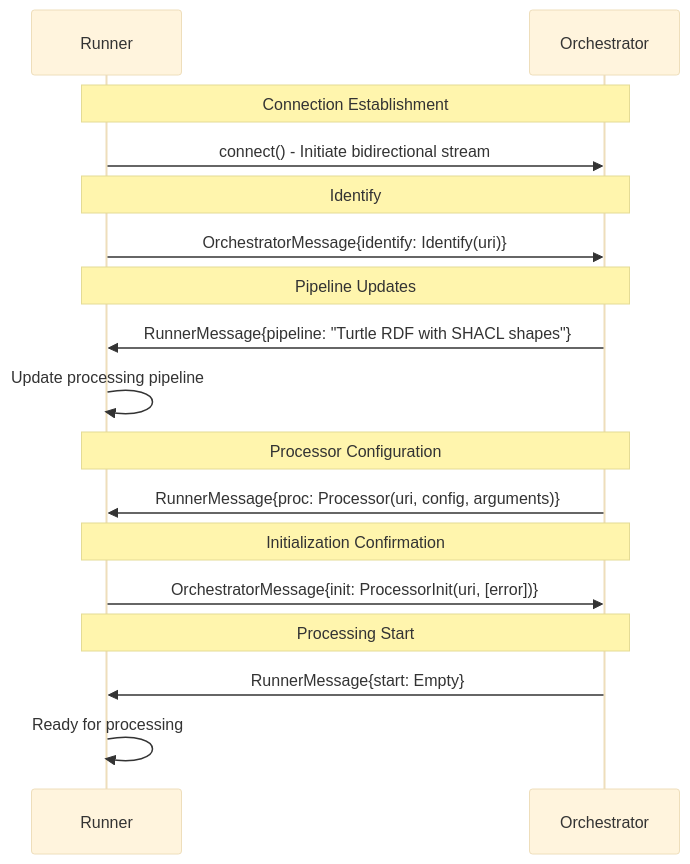
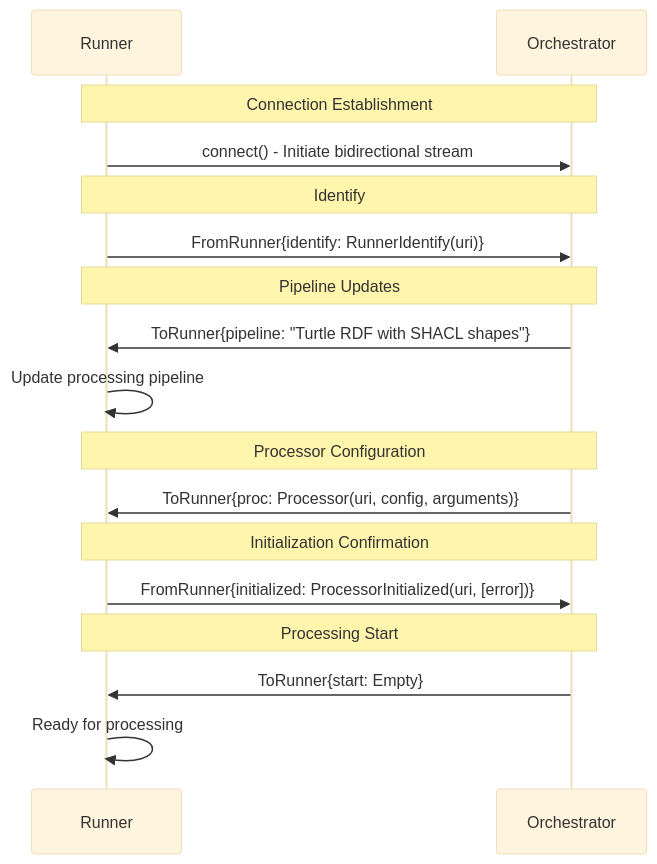
The first of 4 diagrams in README.md (rdf-connect/proto), drawn with Mermaid (base theme) before and after one commit. The commit also changed other lines of this file and 1 other file, not shown here.

````diff
--- a/README.md
+++ b/README.md
@@ -73,25 +70,25 @@
 ```mermaid
 sequenceDiagram
     participant R as Runner
     participant O as Orchestrator
 
     Note over R,O: Connection Establishment
     R->>O: connect() - Initiate bidirectional stream
 
     Note over R,O: Identify
-    R->>O: OrchestratorMessage{identify: Identify(uri)}
+    R->>O: FromRunner{identify: RunnerIdentify(uri)}
 
     Note over O,R: Pipeline Updates
-    O->>R: RunnerMessage{pipeline: "Turtle RDF with SHACL shapes"}
+    O->>R: ToRunner{pipeline: "Turtle RDF with SHACL shapes"}
     R->>R: Update processing pipeline
-    
+
     Note over R,O: Processor Configuration
-    O->>R: RunnerMessage{proc: Processor(uri, config, arguments)}
+    O->>R: ToRunner{proc: Processor(uri, config, arguments)}
 
     Note over R,O: Initialization Confirmation
-    R->>O: OrchestratorMessage{init: ProcessorInit(uri, [error])}
+    R->>O: FromRunner{initialized: ProcessorInitialized(uri, [error])}
 
     Note over R,O: Processing Start
-    O->>R: RunnerMessage{start: Empty}
+    O->>R: ToRunner{start: Empty}
     R->>R: Ready for processing
 ```
````
